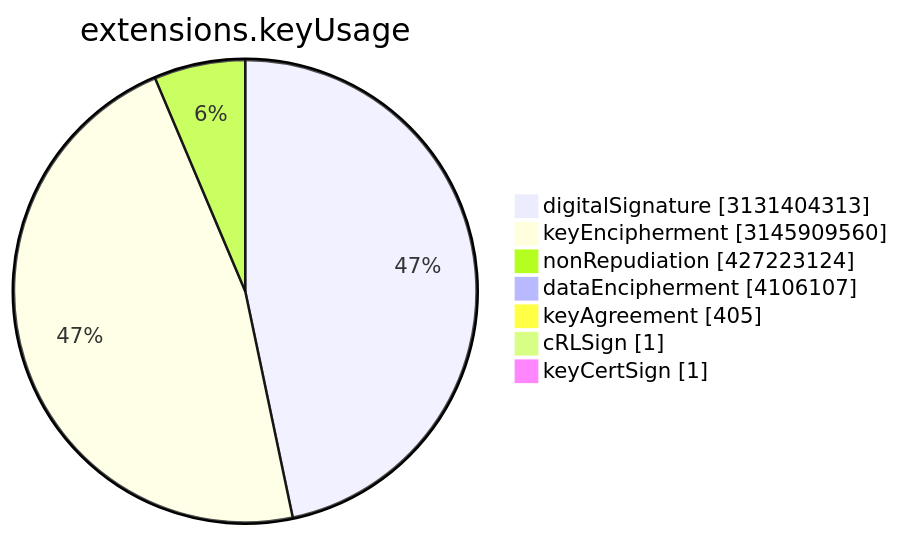
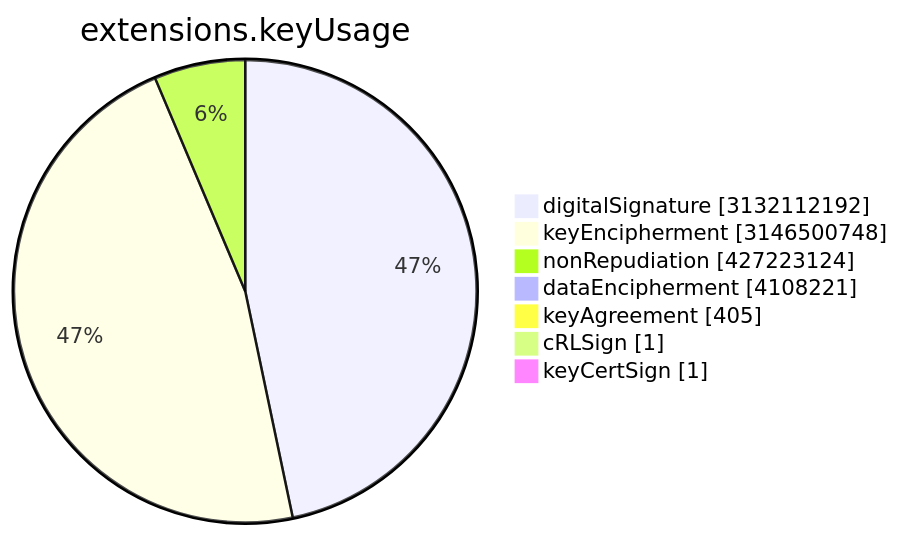
Before and after one commit to christiankrug/ctmonitor_visualization: the sixth of 15 diagrams in TOTAL/README.md, drawn with Mermaid. The commit also changed other lines of this file, not shown here.

````diff
--- a/TOTAL/README.md
+++ b/TOTAL/README.md
@@ -3077,11 +3077,11 @@
 ```mermaid
 pie showData
 title extensions.keyUsage
-"digitalSignature" :3131404313
-"keyEncipherment" :3145909560
+"digitalSignature" :3132112192
+"keyEncipherment" :3146500748
 "nonRepudiation" :427223124
-"dataEncipherment" :4106107
+"dataEncipherment" :4108221
 "keyAgreement" :405
 "cRLSign" :1
 "keyCertSign" :1
 ```
````
